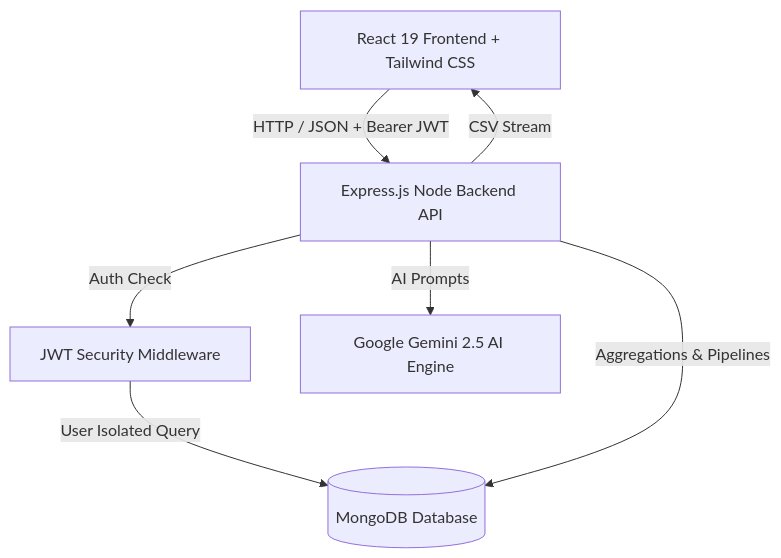
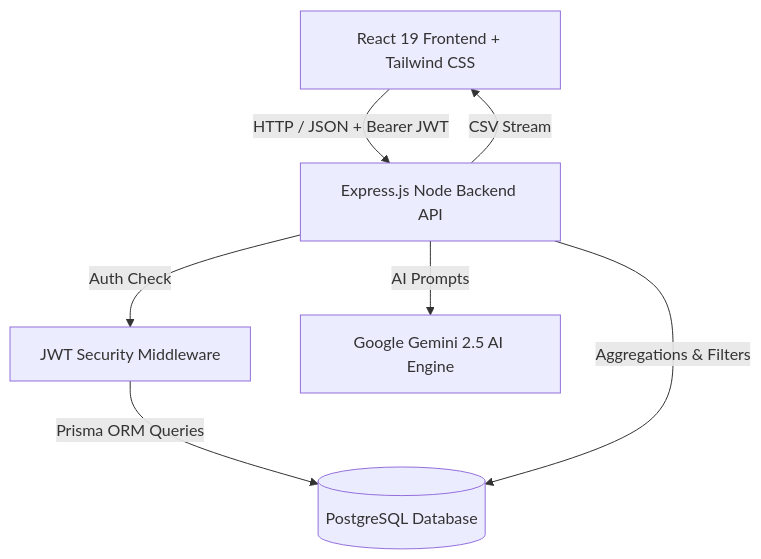
Before and after one commit to AshokYadav186/expense-tracker: the diagram in README.md, drawn with Mermaid. The commit also changed other lines of this file and 15 other files, not shown here.

Commit message:
Migrate application database from MongoDB to PostgreSQL with Prisma ORM

````diff
--- a/README.md
+++ b/README.md
@@ -20,9 +21,9 @@
 ```mermaid
 graph TD
     Client[React 19 Frontend + Tailwind CSS] -->|HTTP / JSON + Bearer JWT| API[Express.js Node Backend API]
     API -->|Auth Check| Middleware[JWT Security Middleware]
-    Middleware -->|User Isolated Query| Mongo[(MongoDB Database)]
-    API -->|Aggregations & Pipelines| Mongo
+    Middleware -->|Prisma ORM Queries| Postgres[(PostgreSQL Database)]
+    API -->|Aggregations & Filters| Postgres
     API -->|AI Prompts| Gemini[Google Gemini 2.5 AI Engine]
     API -->|CSV Stream| Client
 ```
````
